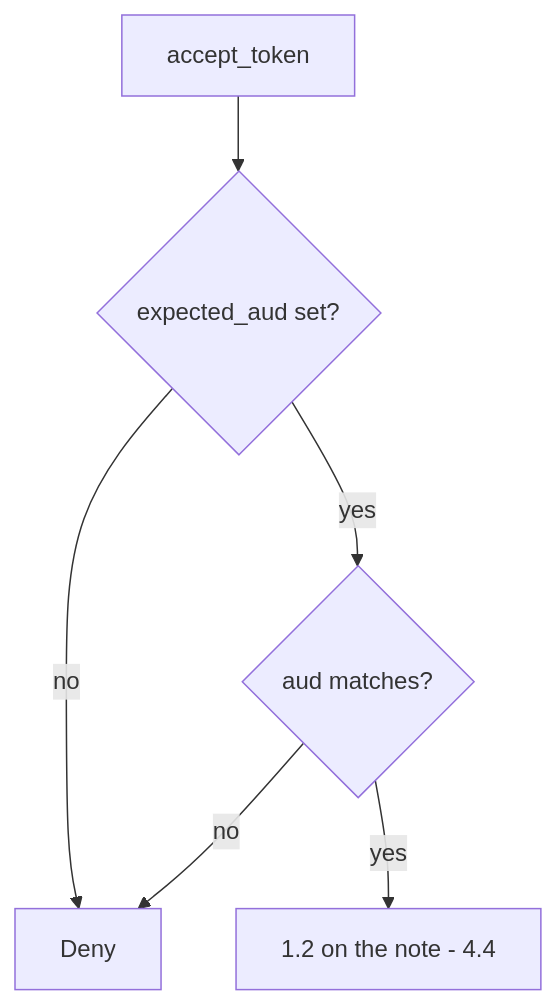
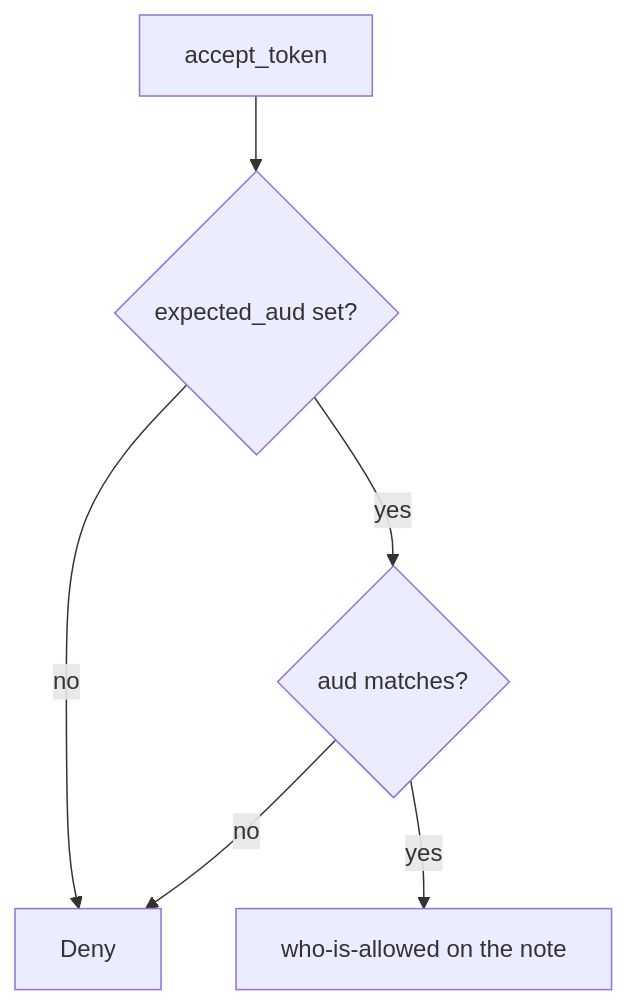
Before and after one commit to ishitvagoel/LearnSecurity: the diagram in content/modules/4/4.5/lessons/04-build.md, drawn with Mermaid. The commit also changed other lines of this file and 39 other files, not shown here.

````diff
--- a/content/modules/4/4.5/lessons/04-build.md
+++ b/content/modules/4/4.5/lessons/04-build.md
@@ -15,8 +14,8 @@
 ```mermaid
 flowchart TD
   Call["accept_token"] --> Expected{"expected_aud set?"}
   Expected -->|no| Deny[Deny]
   Expected -->|yes| Aud{"aud matches?"}
   Aud -->|no| Deny
-  Aud -->|yes| Next["1.2 on the note - 4.4"]
+  Aud -->|yes| Next["who-is-allowed on the note"]
 ```
````
